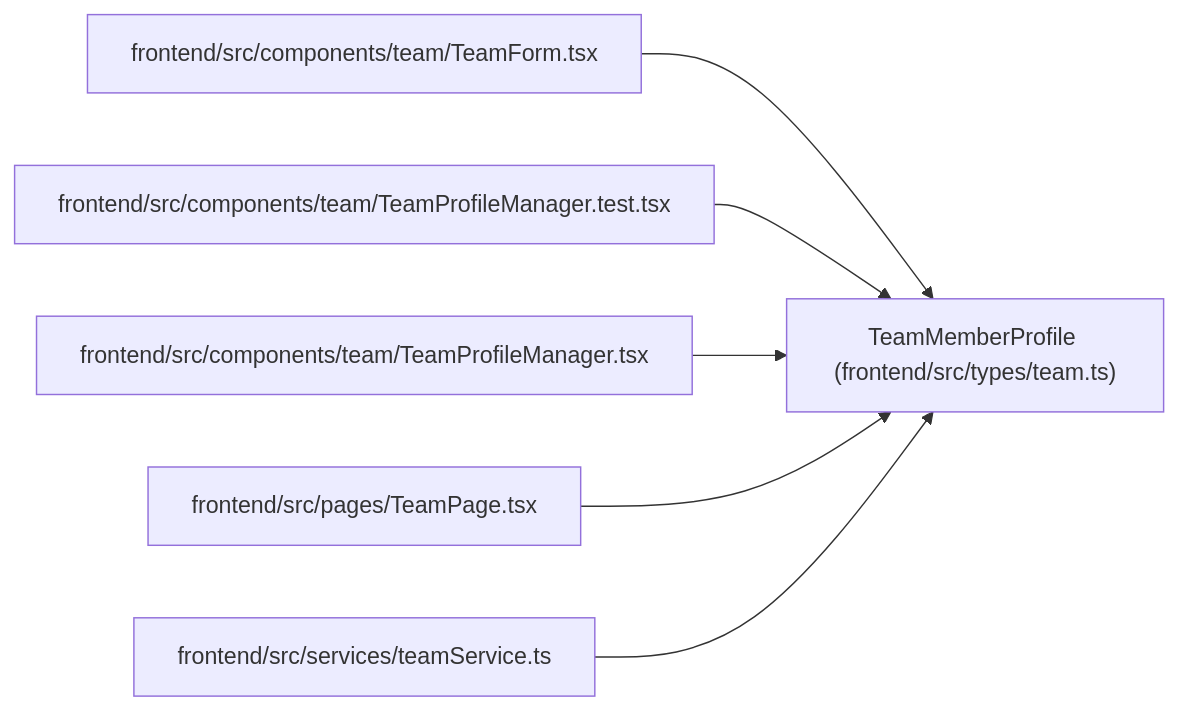
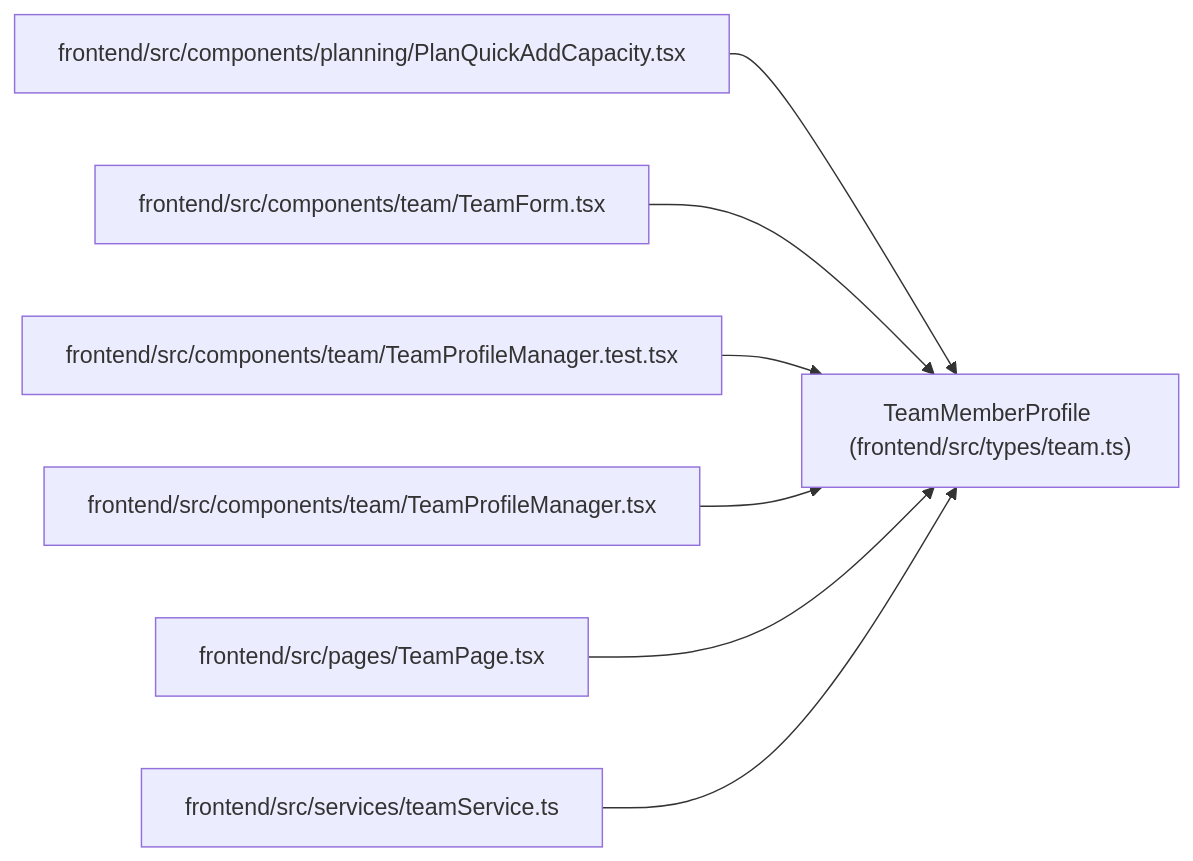
The diagram in docs/llm_wiki/entities/types_team_TeamMemberProfile.md (Denissvgn/WorkChord), drawn with Mermaid before and after one commit. The commit also changed other lines of this file and 854 other files, not shown here.

Commit message:
docs(wiki): refresh for the planning rule, capacity and Gantt input changes

````diff
--- a/docs/llm_wiki/entities/types_team_TeamMemberProfile.md
+++ b/docs/llm_wiki/entities/types_team_TeamMemberProfile.md
@@ -37,20 +37,23 @@
 ```mermaid
 flowchart LR
     n0["TeamMemberProfile (frontend/src/types/team.ts)"]
-    n1["frontend/src/components/team/TeamForm.tsx"]
-    n2["frontend/src/components/team/TeamProfileManager.test.tsx"]
-    n3["frontend/src/components/team/TeamProfileManager.tsx"]
-    n4["frontend/src/pages/TeamPage.tsx"]
-    n5["frontend/src/services/teamService.ts"]
+    n1["frontend/src/components/planning/PlanQuickAddCapacity.tsx"]
+    n2["frontend/src/components/team/TeamForm.tsx"]
+    n3["frontend/src/components/team/TeamProfileManager.test.tsx"]
+    n4["frontend/src/components/team/TeamProfileManager.tsx"]
+    n5["frontend/src/pages/TeamPage.tsx"]
+    n6["frontend/src/services/teamService.ts"]
     n1 --> n0
     n2 --> n0
     n3 --> n0
     n4 --> n0
     n5 --> n0
+    n6 --> n0
     click n0 "../modules/types_team.md"
-    click n1 "../modules/TeamForm.md"
-    click n2 "../modules/TeamProfileManager.test.md"
-    click n3 "../modules/TeamProfileManager.md"
-    click n4 "../modules/TeamPage.md"
-    click n5 "../modules/teamService.md"
+    click n1 "../modules/PlanQuickAddCapacity.md"
+    click n2 "../modules/TeamForm.md"
+    click n3 "../modules/TeamProfileManager.test.md"
+    click n4 "../modules/TeamProfileManager.md"
+    click n5 "../modules/TeamPage.md"
+    click n6 "../modules/teamService.md"
 ```
````
